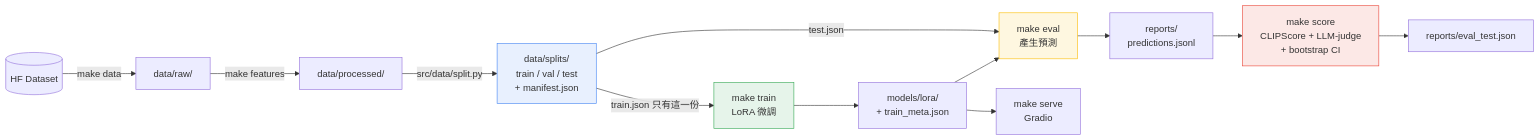
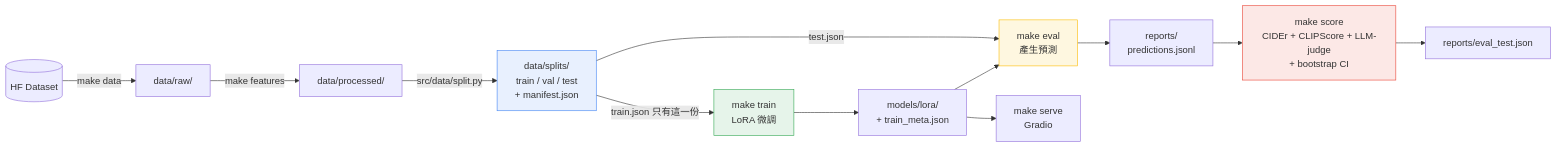
One commit to lee851104/lora_mars changed the diagram in README.md. Above: the diagram before and after it, drawn with Mermaid. The commit also changed other lines of this file and 34 other files, not shown here.

````diff
--- a/README.md
+++ b/README.md
@@ -58,22 +68,22 @@
 ```mermaid
 flowchart LR
     HF[(HF Dataset)] -->|make data| RAW[data/raw/]
     RAW -->|make features| PROC[data/processed/]
     PROC -->|src/data/split.py| SPLITS[data/splits/<br/>train / val / test<br/>+ manifest.json]
 
     SPLITS -->|train.json 只有這一份| TRAIN[make train<br/>LoRA 微調]
     TRAIN --> ADP[models/lora/<br/>+ train_meta.json]
 
     SPLITS -->|test.json| GEN[make eval<br/>產生預測]
     ADP --> GEN
     ADP --> SERVE[make serve<br/>Gradio]
 
     GEN --> PRED[reports/<br/>predictions.jsonl]
-    PRED --> SCORE[make score<br/>CLIPScore + LLM-judge<br/>+ bootstrap CI]
+    PRED --> SCORE[make score<br/>CIDEr + CLIPScore + LLM-judge<br/>+ bootstrap CI]
     SCORE --> REP[reports/eval_test.json]
 
     style SPLITS fill:#e8f0fe,stroke:#4285f4
     style TRAIN fill:#e6f4ea,stroke:#34a853
     style GEN fill:#fef7e0,stroke:#fbbc04
     style SCORE fill:#fce8e6,stroke:#ea4335
 ```
````
